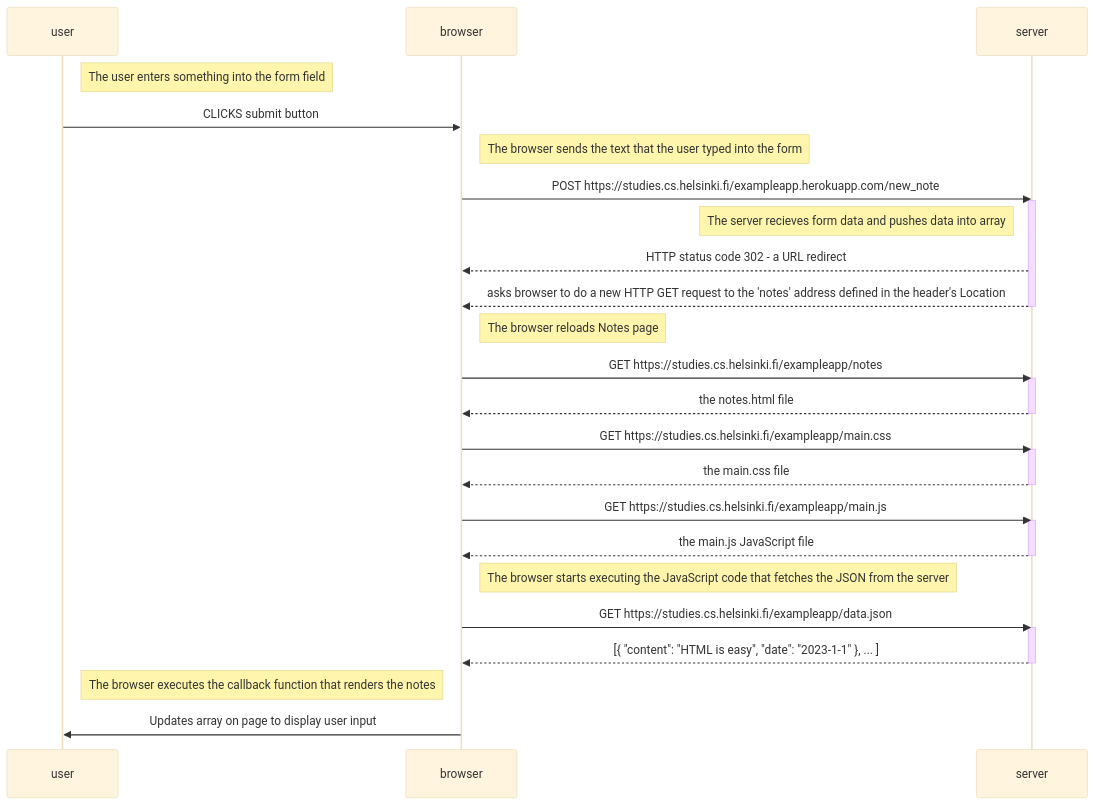
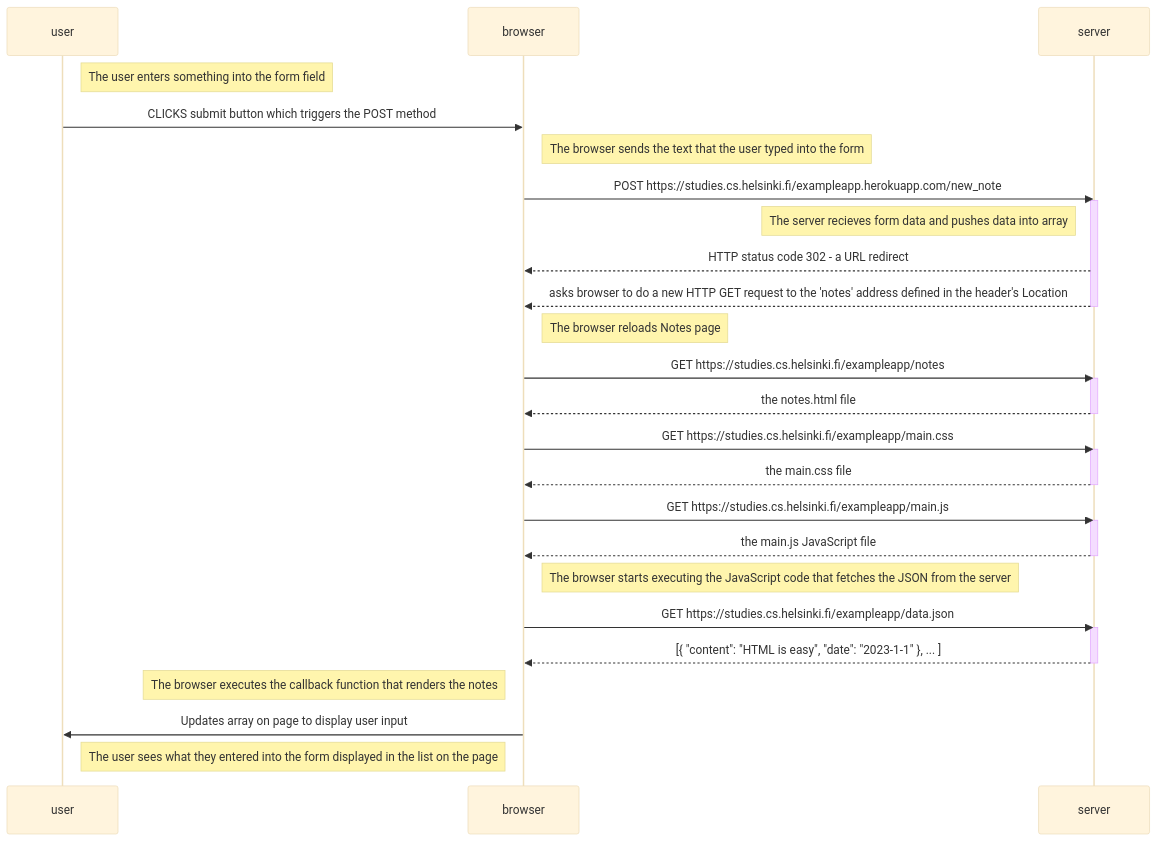
One commit to Emma-Belg/FullStackOpenCourse changed the diagram in part0/0.4NoteDiagram.md. Above: the diagram before and after it, drawn with Mermaid (base theme).

````diff
--- a/part0/0.4NoteDiagram.md
+++ b/part0/0.4NoteDiagram.md
@@ -8,44 +8,45 @@
  ```mermaid
     sequenceDiagram
     participant user
     participant browser
     participant server
     
     Note right of user: The user enters something into the form field
-    user->>browser: CLICKS submit button
+    user->>browser: CLICKS submit button which triggers the POST method
     Note right of browser: The browser sends the text that the user typed into the form
     browser->>server: POST https://studies.cs.helsinki.fi/exampleapp.herokuapp.com/new_note
     activate server
     Note left of server: The server recieves form data and pushes data into array
     server-->>browser: HTTP status code 302 - a URL redirect
     server-->>browser: asks browser to do a new HTTP GET request to the 'notes' address defined in the header's Location
     deactivate server
     
     Note right of browser: The browser reloads Notes page
     browser->>server: GET https://studies.cs.helsinki.fi/exampleapp/notes
     activate server
     server-->>browser: the notes.html file
     deactivate server
 
     browser->>server: GET https://studies.cs.helsinki.fi/exampleapp/main.css
     activate server
     server-->>browser: the main.css file
     deactivate server
 
     browser->>server: GET https://studies.cs.helsinki.fi/exampleapp/main.js
     activate server
     server-->>browser: the main.js JavaScript file
     deactivate server
     
     Note right of browser: The browser starts executing the JavaScript code that fetches the JSON from the server
 
     browser->>server: GET https://studies.cs.helsinki.fi/exampleapp/data.json
     activate server
     server-->>browser: [{ "content": "HTML is easy", "date": "2023-1-1" }, ... ]
     deactivate server    
 
     Note left of browser: The browser executes the callback function that renders the notes 
 
     browser->>user: Updates array on page to display user input
+    Note right of user: The user sees what they entered into the form displayed in the list on the page 
     
 ```
````
